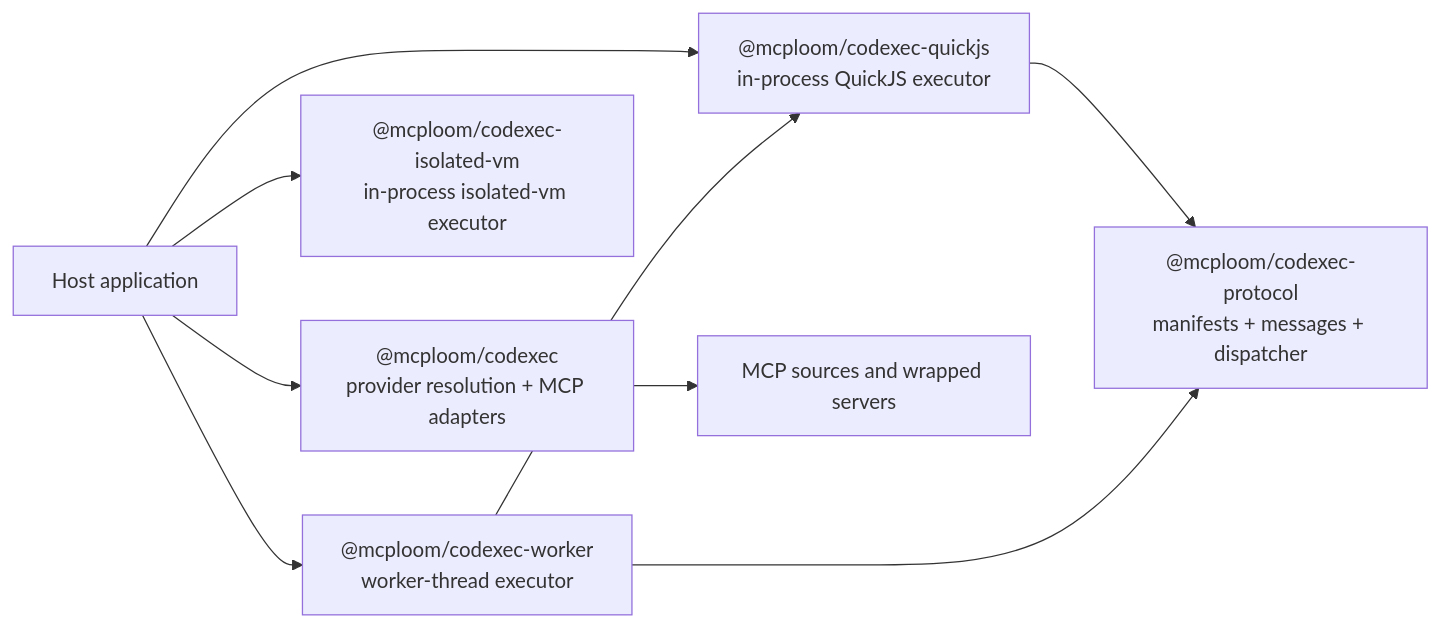
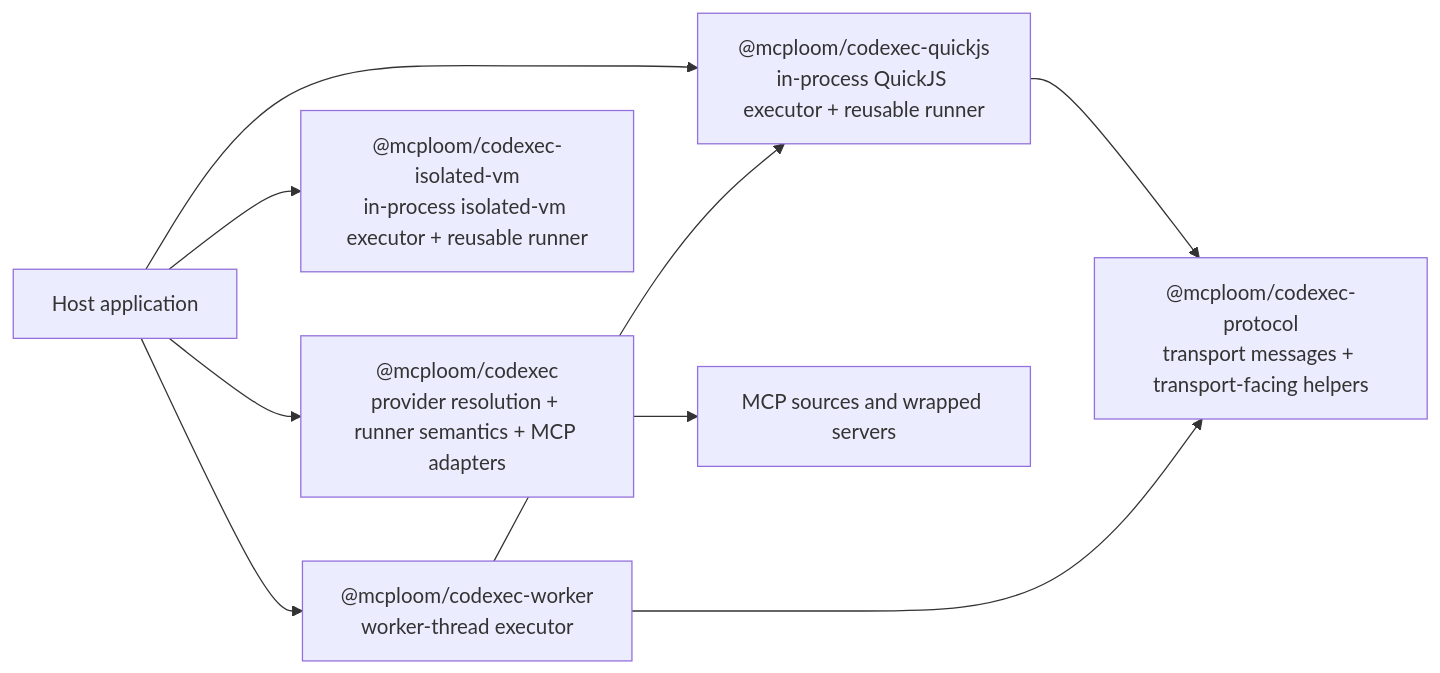
Before and after one commit to aallam/mcploom: the first of 3 diagrams in docs/architecture/codexec-overview.md, drawn with Mermaid. The commit also changed other lines of this file and 30 other files, not shown here.

Commit message:
refactor(codexec): `isolated-vm` shared runner semantics (#15)

````diff
--- a/docs/architecture/codexec-overview.md
+++ b/docs/architecture/codexec-overview.md
@@ -19,19 +19,19 @@
 ```mermaid
 flowchart LR
     APP["Host application"]
-    CORE["@mcploom/codexec<br/>provider resolution + MCP adapters"]
-    QJS["@mcploom/codexec-quickjs<br/>in-process QuickJS executor"]
-    IVM["@mcploom/codexec-isolated-vm<br/>in-process isolated-vm executor"]
-    PROTO["@mcploom/codexec-protocol<br/>manifests + messages + dispatcher"]
+    CORE["@mcploom/codexec<br/>provider resolution + runner semantics + MCP adapters"]
+    QJS["@mcploom/codexec-quickjs<br/>in-process QuickJS executor + reusable runner"]
+    IVM["@mcploom/codexec-isolated-vm<br/>in-process isolated-vm executor + reusable runner"]
+    PROTO["@mcploom/codexec-protocol<br/>transport messages + transport-facing helpers"]
     WORKER["@mcploom/codexec-worker<br/>worker-thread executor"]
     MCP["MCP sources and wrapped servers"]
 
     APP --> CORE
     APP --> QJS
     APP --> IVM
     APP --> WORKER
     CORE --> MCP
     QJS --> PROTO
     WORKER --> PROTO
     WORKER --> QJS
 ```
````
